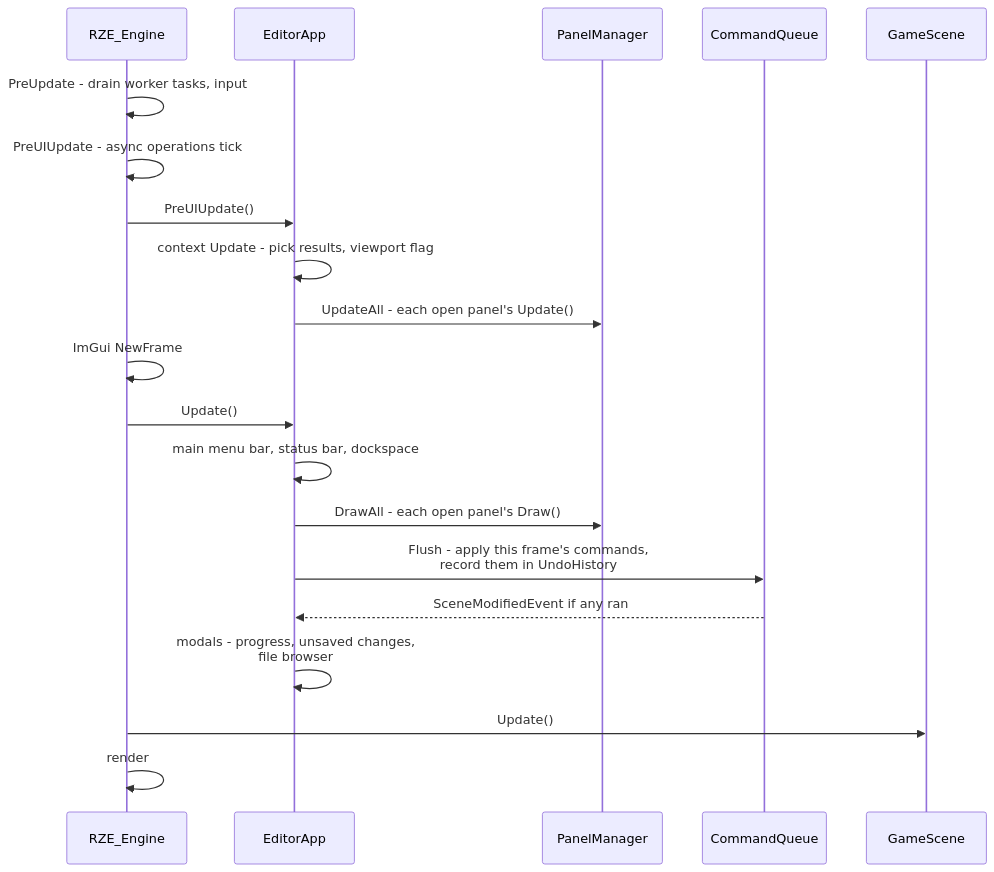
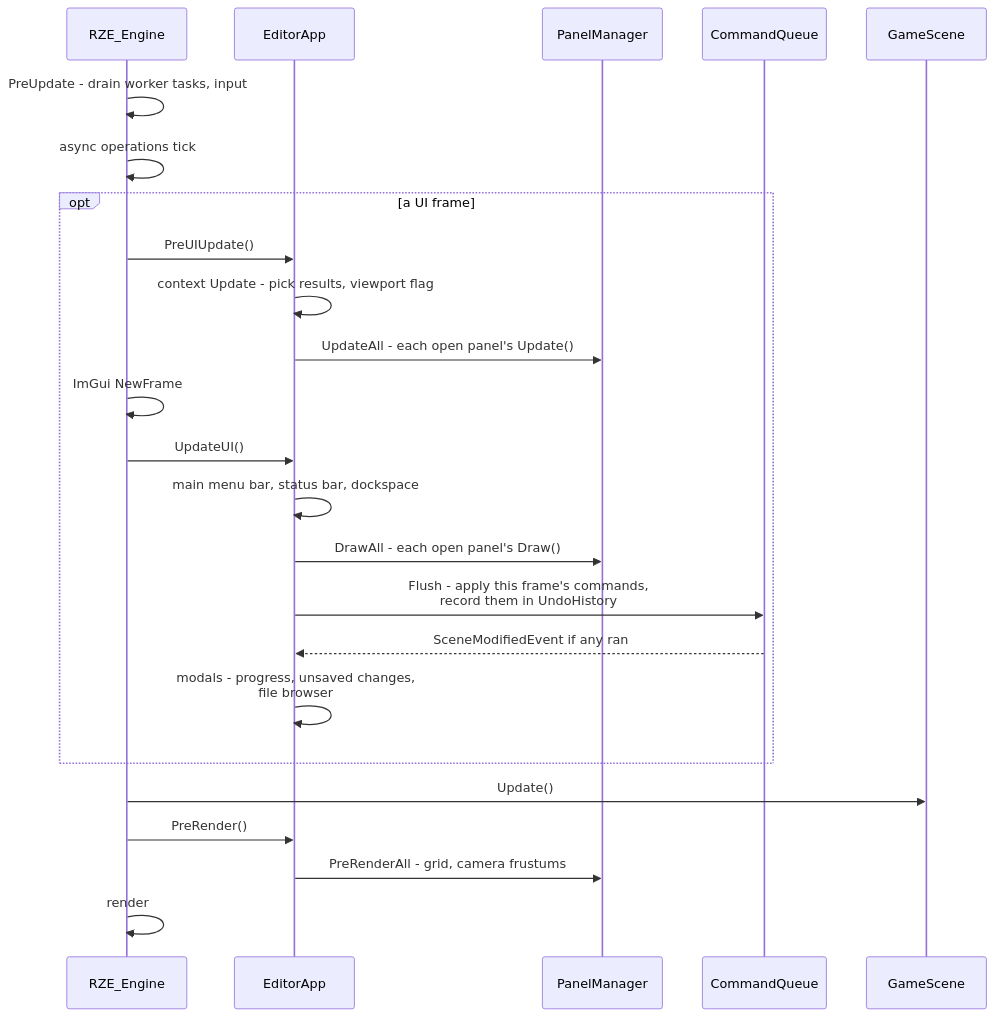
Before and after one commit to b1nary0/RZE: the second of 3 diagrams in Docs/Generated/Engine/07-Editor/Editor-Framework.md, drawn with Mermaid. The commit also changed other lines of this file and 16 other files, not shown here.

````diff
--- a/Docs/Generated/Engine/07-Editor/Editor-Framework.md
+++ b/Docs/Generated/Engine/07-Editor/Editor-Framework.md
@@ -96,23 +96,27 @@
 ```mermaid
 %%{init: {'flowchart': {'subGraphTitleMargin': {'top': 6, 'bottom': 10}}, 'themeCSS': '.labelBkg, .edgeLabel { background-color: var(--background-primary) !important; } .messageText, .labelText, .loopText { paint-order: stroke; stroke: var(--background-primary); stroke-width: 5px; stroke-linejoin: round; }'}}%%
 sequenceDiagram
     participant Eng as RZE_Engine
     participant App as EditorApp
     participant PM as PanelManager
     participant Q as CommandQueue
     participant Scene as GameScene
     Eng->>Eng: PreUpdate - drain worker tasks, input
-    Eng->>Eng: PreUIUpdate - async operations tick
-    Eng->>App: PreUIUpdate()
-    App->>App: context Update - pick results, viewport flag
-    App->>PM: UpdateAll - each open panel's Update()
-    Eng->>Eng: ImGui NewFrame
-    Eng->>App: Update()
-    App->>App: main menu bar, status bar, dockspace
-    App->>PM: DrawAll - each open panel's Draw()
-    App->>Q: Flush - apply this frame's commands,<br/>record them in UndoHistory
-    Q-->>App: SceneModifiedEvent if any ran
-    App->>App: modals - progress, unsaved changes,<br/>file browser
+    Eng->>Eng: async operations tick
+    opt a UI frame
+        Eng->>App: PreUIUpdate()
+        App->>App: context Update - pick results, viewport flag
+        App->>PM: UpdateAll - each open panel's Update()
+        Eng->>Eng: ImGui NewFrame
+        Eng->>App: UpdateUI()
+        App->>App: main menu bar, status bar, dockspace
+        App->>PM: DrawAll - each open panel's Draw()
+        App->>Q: Flush - apply this frame's commands,<br/>record them in UndoHistory
+        Q-->>App: SceneModifiedEvent if any ran
+        App->>App: modals - progress, unsaved changes,<br/>file browser
+    end
     Eng->>Scene: Update()
+    Eng->>App: PreRender()
+    App->>PM: PreRenderAll - grid, camera frustums
     Eng->>Eng: render
 ```
````
